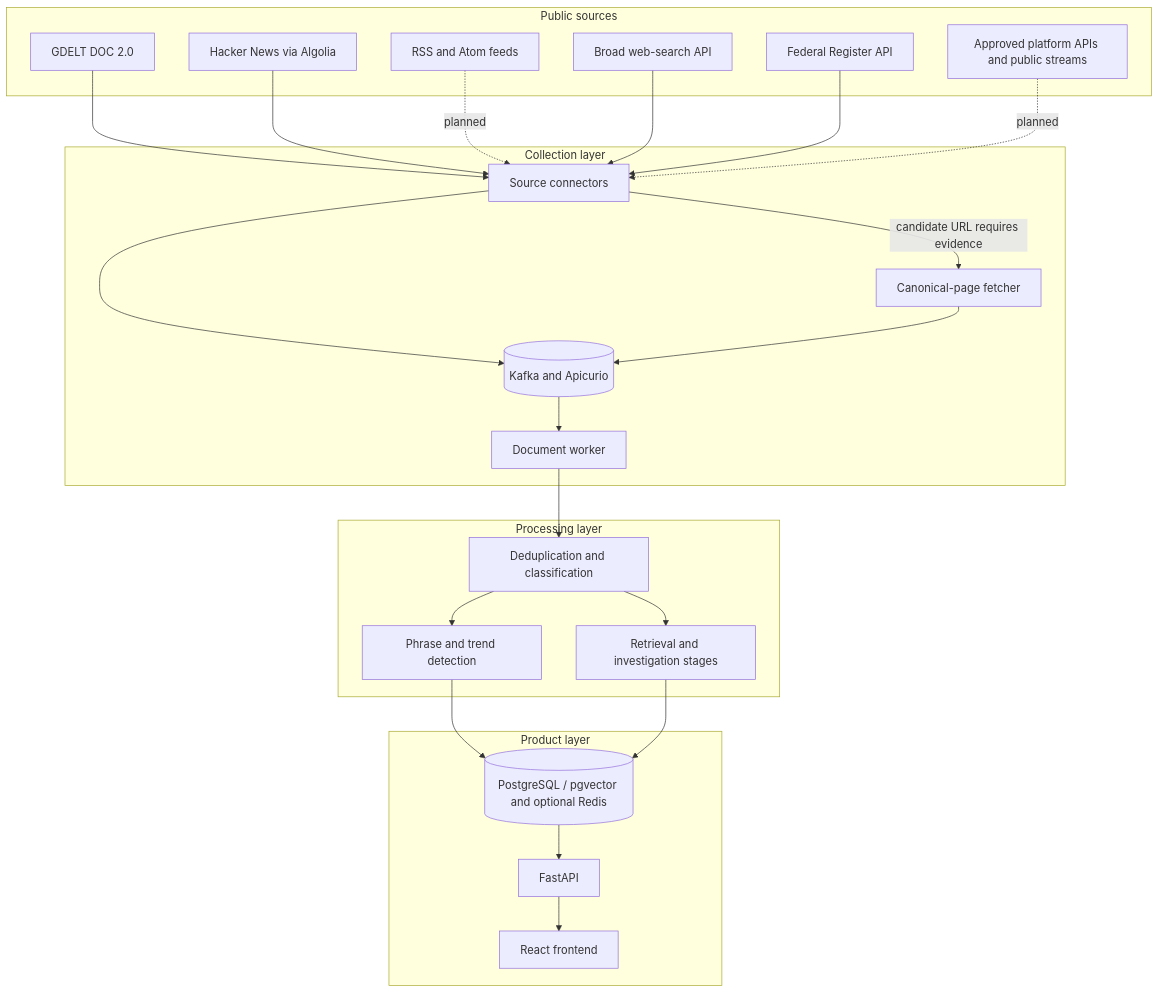
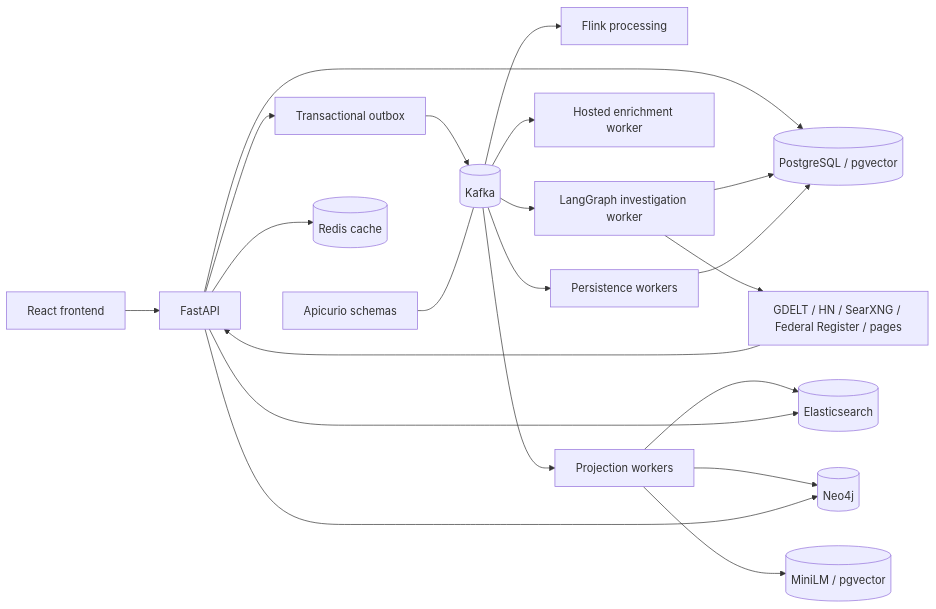
Before and after one commit to mnihad000/rhetoriq: the first of 3 diagrams in docs/ARCHITECTURE.md, drawn with Mermaid. The commit also changed other lines of this file and 29 other files, not shown here.

````diff
--- a/docs/ARCHITECTURE.md
+++ b/docs/ARCHITECTURE.md
@@ -48,48 +28,23 @@
 ```mermaid
-flowchart TD
-    subgraph Sources[Public sources]
-      G[GDELT DOC 2.0]
-      H[Hacker News via Algolia]
-      R[RSS and Atom feeds]
-      W[Broad web-search API]
-      O[Federal Register API]
-      P[Approved platform APIs and public streams]
-    end
-
-    subgraph Collection[Collection layer]
-      C[Source connectors]
-      F[Canonical-page fetcher]
-      K[(Kafka and Apicurio)]
-      N[Document worker]
-    end
-
-    subgraph Processing[Processing layer]
-      D[Deduplication and classification]
-      T[Phrase and trend detection]
-      V[Retrieval and investigation stages]
-    end
-
-    subgraph Product[Product layer]
-      S[(PostgreSQL / pgvector and optional Redis)]
-      A[FastAPI]
-      U[React frontend]
-    end
-
-    G --> C
-    H --> C
-    R -. planned .-> C
-    W --> C
-    O --> C
-    P -. planned .-> C
-    C --> K
-    C -->|candidate URL requires evidence| F
-    F --> K
-    K --> N
-    N --> D
-    D --> T
-    D --> V
-    T --> S
-    V --> S
-    S --> A
-    A --> U
+flowchart LR
+    UI[React frontend] --> API[FastAPI]
+    API --> PG[(PostgreSQL / pgvector)]
+    API --> OB[Transactional outbox]
+    OB --> K[(Kafka)]
+    REG[Apicurio schemas] --- K
+    SRC[GDELT / HN / SearXNG / Federal Register / pages] --> API
+    K --> FL[Flink processing]
+    K --> IW[LangGraph investigation worker]
+    K --> EW[Hosted enrichment worker]
+    K --> DW[Persistence workers]
+    K --> PW[Projection workers]
+    IW --> SRC
+    IW --> PG
+    DW --> PG
+    PW --> ES[(Elasticsearch)]
+    PW --> NG[(Neo4j)]
+    PW --> PV[(MiniLM / pgvector)]
+    API --> ES
+    API --> NG
+    API --> RD[(Redis cache)]
 ```
````
